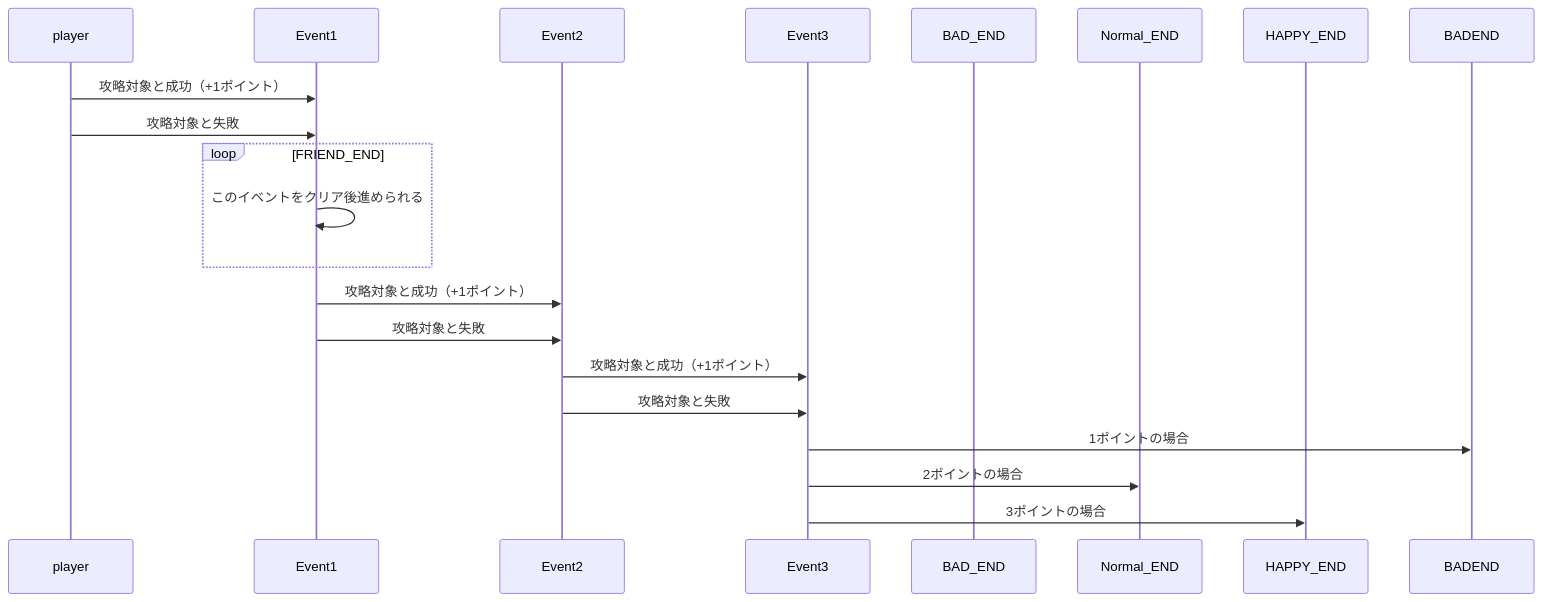
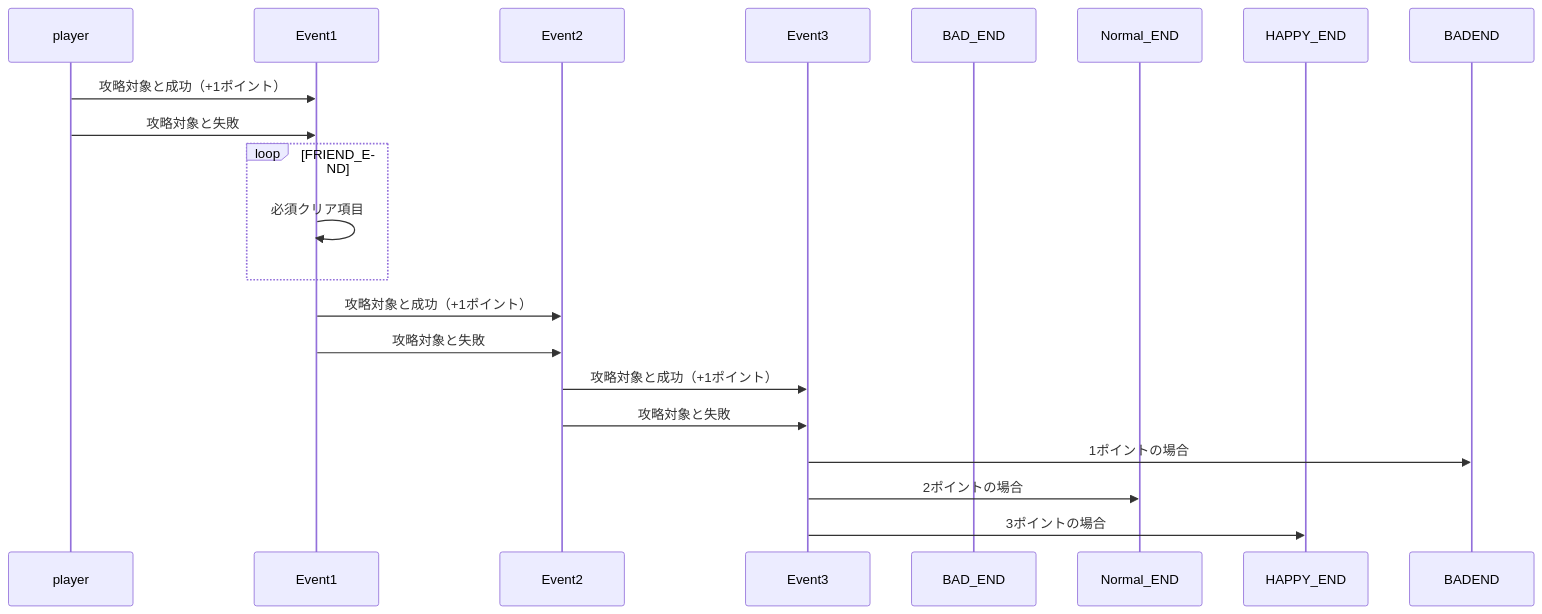
Before and after one commit to tpu-game-2022/mermaid_test: the second of 2 diagrams in README.md, drawn with Mermaid.

Commit message:
変更しました

````diff
--- a/README.md
+++ b/README.md
@@ -37,22 +37,22 @@
 ```mermaid
 sequenceDiagram
 participant player
 participant　Event1
 participant　Event2
 participant  Event3
 participant　BAD_END
 participant　Normal_END
 participant　HAPPY_END
 player->>Event1:攻略対象と成功（+1ポイント）
 player->>Event1:攻略対象と失敗
 loop FRIEND_END
-Event1->>Event1:このイベントをクリア後進められる
+Event1->>Event1:必須クリア項目
 end
 Event1->>Event2:攻略対象と成功（+1ポイント）
 Event1->>Event2:攻略対象と失敗
 Event2->>Event3:攻略対象と成功（+1ポイント）
 Event2->>Event3:攻略対象と失敗
 Event3->>BADEND:1ポイントの場合
 Event3->>Normal_END:2ポイントの場合
 Event3->>HAPPY_END:3ポイントの場合
 ```
````
